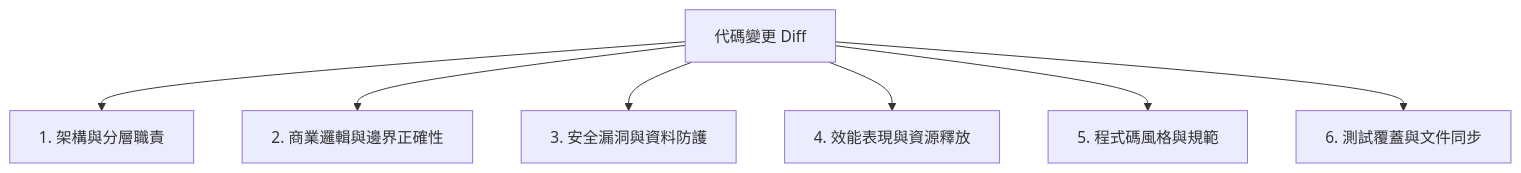
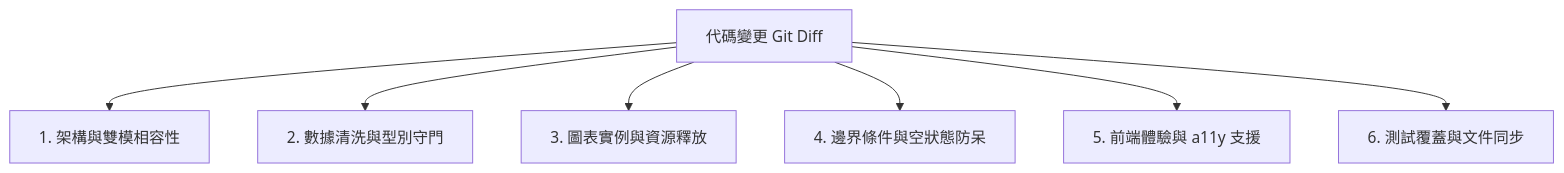
One commit to tinachang912-eng/stocktrend-app changed the diagram in .agent/skills/code-review/SKILL.md. Above: the diagram before and after it, drawn with Mermaid. The commit also changed other lines of this file and 13 other files, not shown here.

Commit message:
docs(skills): 全面升級 7 大工程技能 (architecture, ui-design, state-management, backend-integration, coding-standards, webapp-testing, code-review)

````diff
--- a/.agent/skills/code-review/SKILL.md
+++ b/.agent/skills/code-review/SKILL.md
@@ -27,9 +27,9 @@
 ```mermaid
 graph TD
-    A[代碼變更 Diff] --> B[1. 架構與分層職責]
-    A --> C[2. 商業邏輯與邊界正確性]
-    A --> D[3. 安全漏洞與資料防護]
-    A --> E[4. 效能表現與資源釋放]
-    A --> F[5. 程式碼風格與規範]
-    A --> G[6. 測試覆蓋與文件同步]
+    Diff[代碼變更 Git Diff] --> D1[1. 架構與雙模相容性]
+    Diff --> D2[2. 數據清洗與型別守門]
+    Diff --> D3[3. 圖表實例與資源釋放]
+    Diff --> D4[4. 邊界條件與空狀態防呆]
+    Diff --> D5[5. 前端體驗與 a11y 支援]
+    Diff --> D6[6. 測試覆蓋與文件同步]
 ```
````
